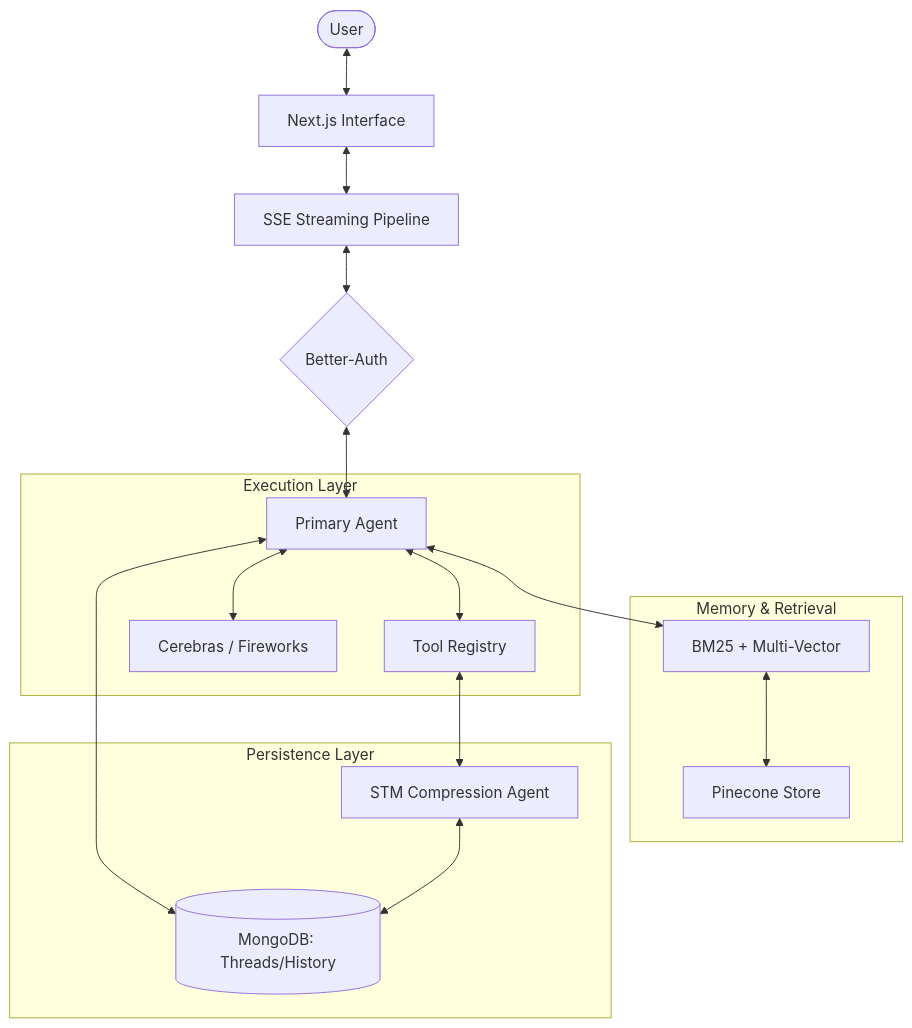
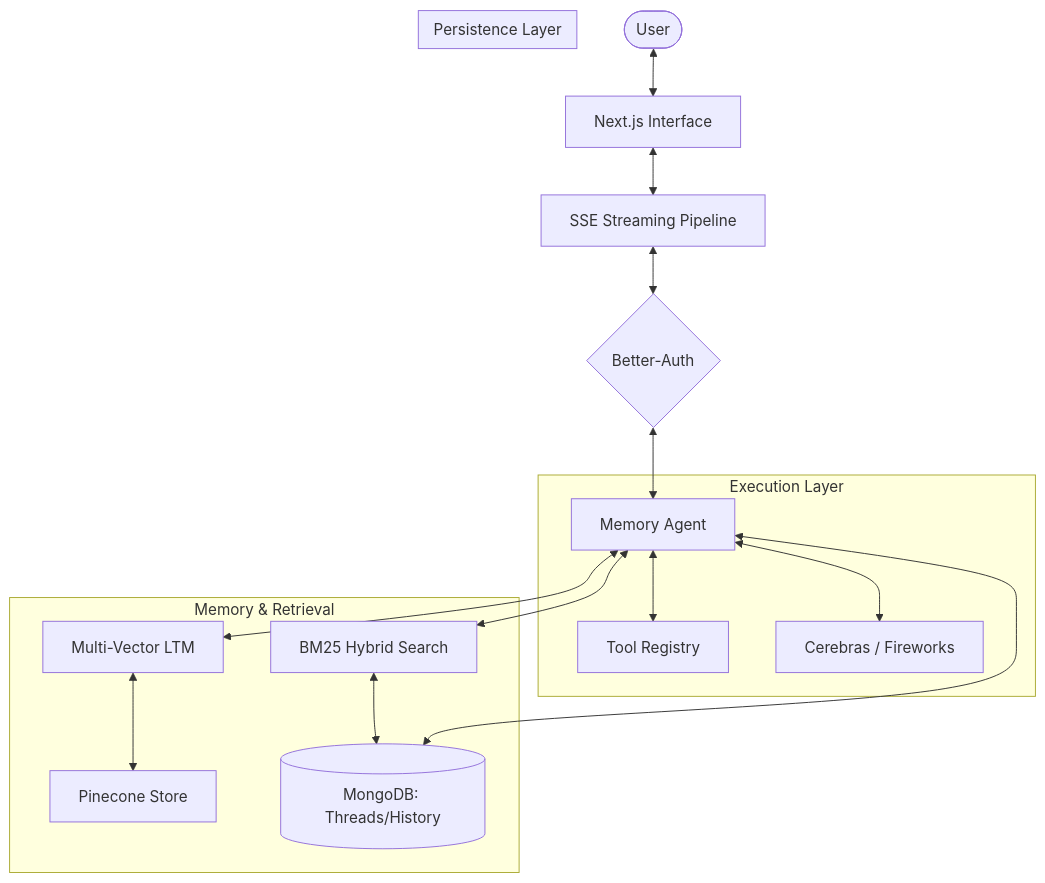
One commit to mustafamubashir03/Lunex-ai changed the first of 4 diagrams in documentation.md. Above: the diagram before and after it, drawn with Mermaid. The commit also changed other lines of this file and 7 other files, not shown here.

````diff
--- a/documentation.md
+++ b/documentation.md
@@ -22,23 +17,23 @@
 ```mermaid
 graph TD
     User([User]) <--> UI[Next.js Interface]
     UI <--> SSE[SSE Streaming Pipeline]
     SSE <--> Auth{Better-Auth}
-    Auth <--> Agent[Primary Agent]
+    Auth <--> Agent[Memory Agent]
     
     subgraph "Execution Layer"
         Agent <--> Tools[Tool Registry]
         Agent <--> LLM[Cerebras / Fireworks]
     end
     
     subgraph "Memory & Retrieval"
-        Agent <--> HybridR[BM25 + Multi-Vector]
-        HybridR <--> Pinecone[Pinecone Store]
+        Agent <--> LTM[Multi-Vector LTM]
+        Agent <--> Keyword[BM25 Hybrid Search]
+        LTM <--> Pinecone[Pinecone Store]
+        Keyword <--> Mongo
     end
     
     subgraph "Persistence Layer"
         Agent <--> Mongo[(MongoDB: Threads/History)]
-        Tools <--> Comp[STM Compression Agent]
-        Comp <--> Mongo
     end
 ```
````
